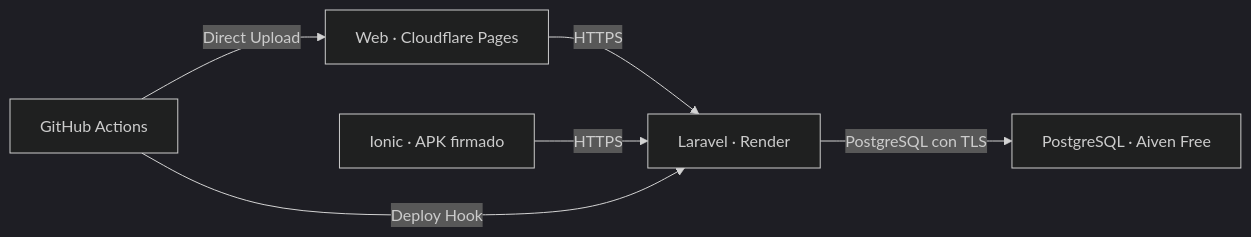
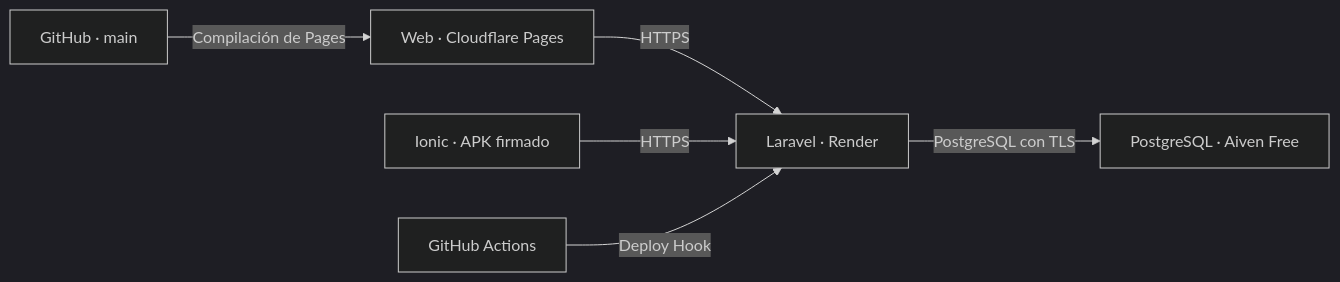
Before and after one commit to Gerald0522/Gemdy-Calendar: the diagram in docs/lab14-despliegue.md, drawn with Mermaid (dark theme). The commit also changed other lines of this file and 1 other file, not shown here.

````diff
--- a/docs/lab14-despliegue.md
+++ b/docs/lab14-despliegue.md
@@ -13,8 +13,8 @@
 ```mermaid
 flowchart LR
     Web["Web · Cloudflare Pages"] -->|HTTPS| API["Laravel · Render"]
     Android["Ionic · APK firmado"] -->|HTTPS| API
     API -->|PostgreSQL con TLS| DB["PostgreSQL · Aiven Free"]
     CI["GitHub Actions"] -->|Deploy Hook| API
-    CI -->|Direct Upload| Web
+    GitHub["GitHub · main"] -->|Compilación de Pages| Web
 ```
````
